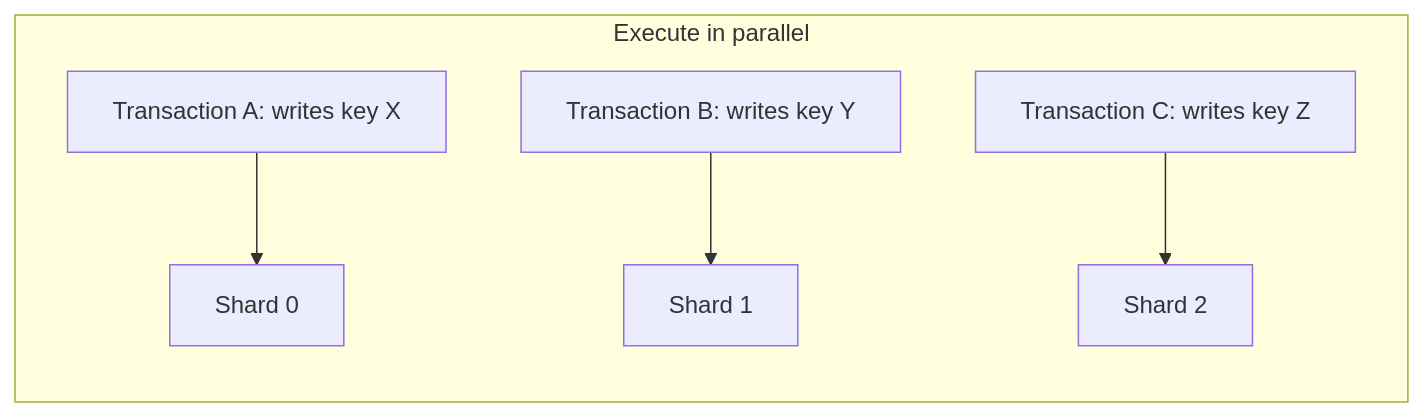
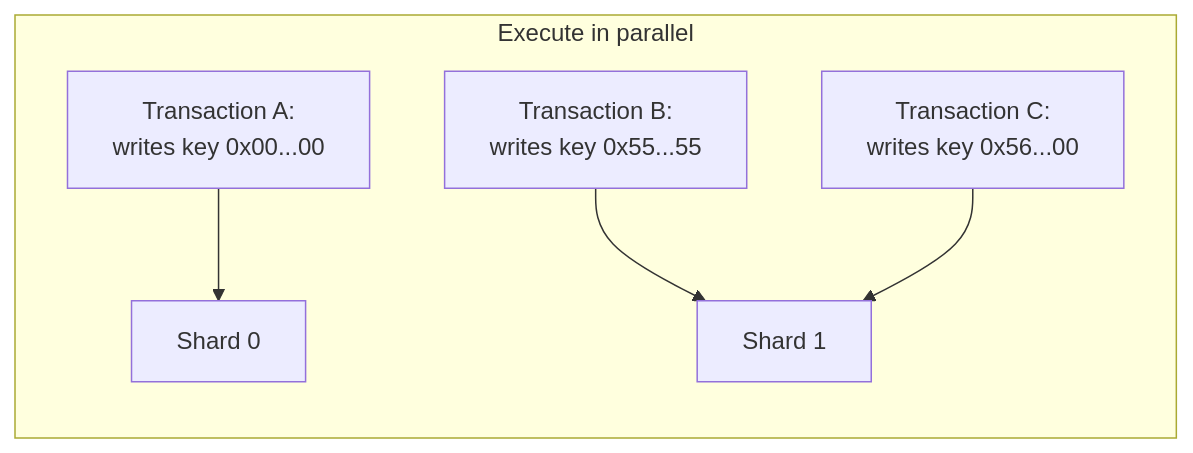
The third of 5 diagrams in docs/pages/differentiators/architected-for-scale.mdx (ryanRfox/dev-docs), drawn with Mermaid before and after one commit. The commit also changed other lines of this file and 1 other file, not shown here.

First line of the commit message:
feat(docs): enhance mermaid diagrams and fix stale link

````diff
--- a/docs/pages/differentiators/architected-for-scale.mdx
+++ b/docs/pages/differentiators/architected-for-scale.mdx
@@ -110,8 +122,8 @@
 ```mermaid
 flowchart LR
     subgraph Parallel["Execute in parallel"]
-        A["Transaction A: writes key X"] --> S0["Shard 0"]
-        B["Transaction B: writes key Y"] --> S1["Shard 1"]
-        C["Transaction C: writes key Z"] --> S2["Shard 2"]
+        A["Transaction A:<br/>writes key 0x00...00"] --> S0["Shard 0"]
+        B["Transaction B:<br/>writes key 0x55...55"] --> S1["Shard 1"]
+        C["Transaction C:<br/>writes key 0x56...00"] --> S1
     end
 ```
````
